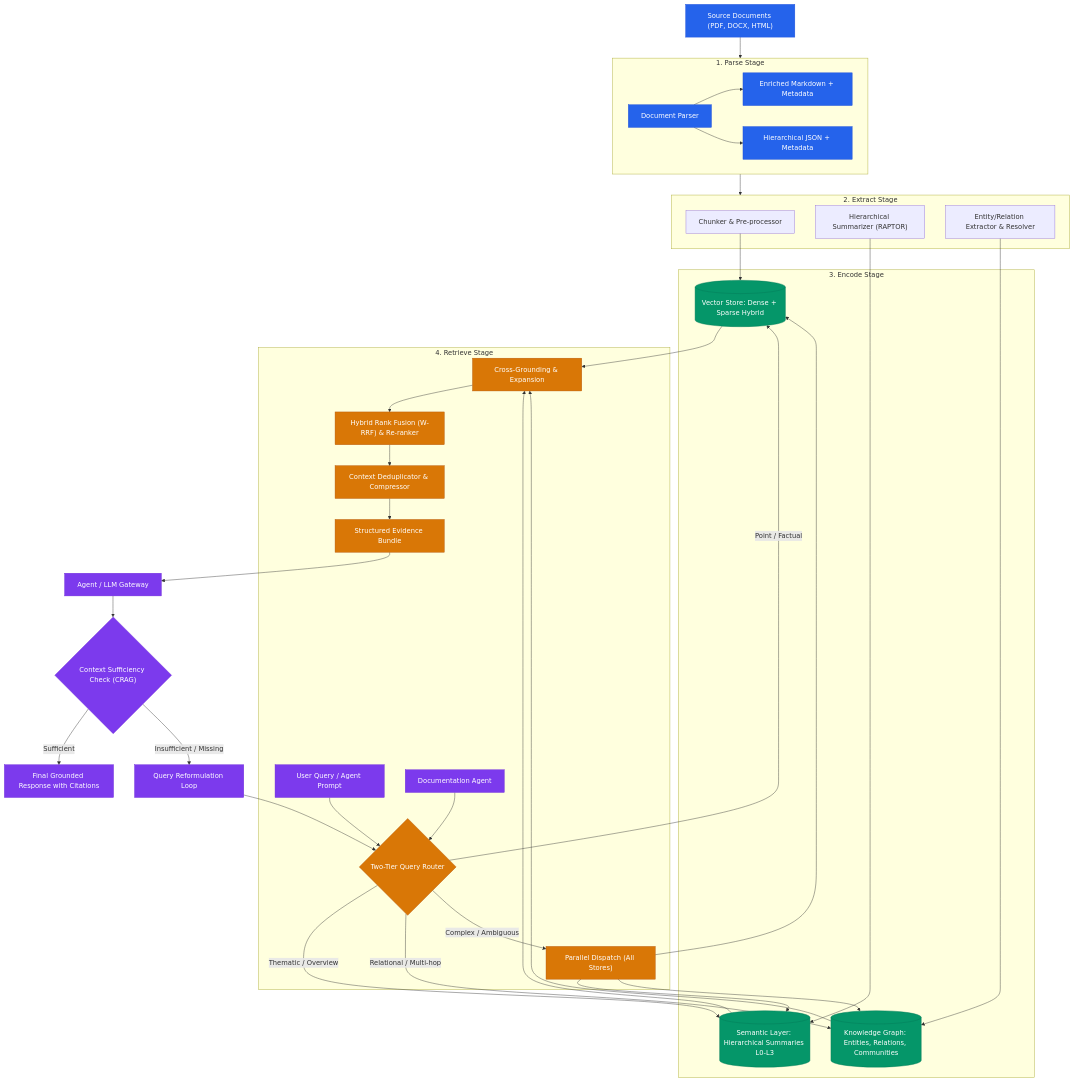
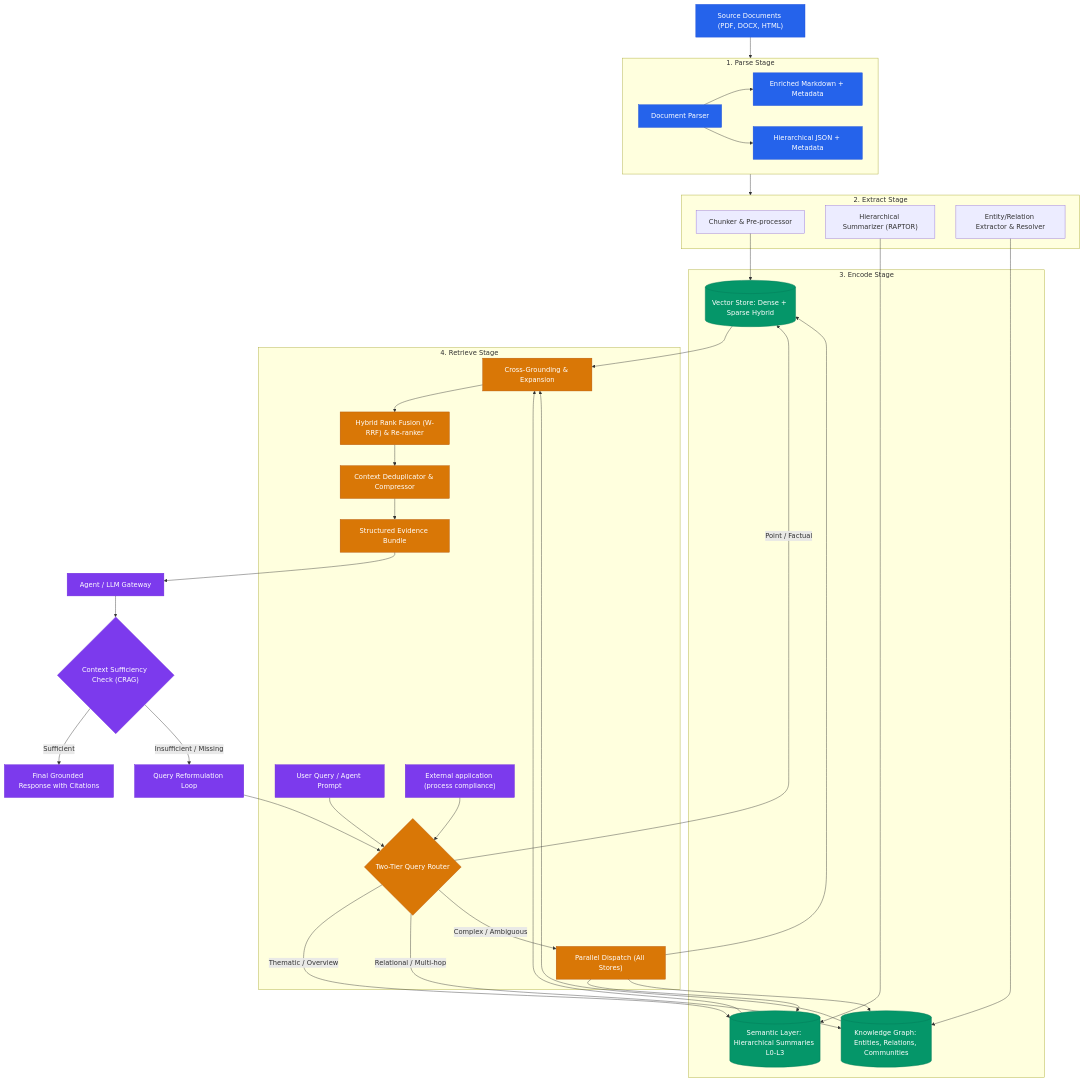
One commit to dadpogu/docbrain changed the first of 6 diagrams in docs/rag_architecture.md. Above: the diagram before and after it, drawn with Mermaid. The commit also changed other lines of this file and 121 other files, not shown here.

````diff
--- a/docs/rag_architecture.md
+++ b/docs/rag_architecture.md
@@ -41,57 +39,57 @@
 ```mermaid
 graph TD
     classDef primary fill:#2563eb,stroke:#1d4ed8,color:#ffffff;
     classDef storage fill:#059669,stroke:#047857,color:#ffffff;
     classDef broker fill:#d97706,stroke:#b45309,color:#ffffff;
     classDef agent fill:#7c3aed,stroke:#6d28d9,color:#ffffff;
 
     SRC["Source Documents (PDF, DOCX, HTML)"]:::primary --> PARSE
 
     subgraph PARSE["1. Parse Stage"]
         PARSER["Document Parser"]:::primary
         PARSER --> MD["Enriched Markdown + Metadata"]:::primary
         PARSER --> JSON["Hierarchical JSON + Metadata"]:::primary
     end
 
     subgraph EXTRACT["2. Extract Stage"]
         ING_VEC["Chunker & Pre-processor"]
         ING_SEM["Hierarchical Summarizer (RAPTOR)"]
         ING_KG["Entity/Relation Extractor & Resolver"]
     end
 
     PARSE --> EXTRACT
 
     subgraph ENCODE["3. Encode Stage"]
         ING_VEC --> VS[("Vector Store: Dense + Sparse Hybrid")]:::storage
         ING_SEM --> SL[("Semantic Layer: Hierarchical Summaries L0-L3")]:::storage
         ING_KG --> GS[("Knowledge Graph: Entities, Relations, Communities")]:::storage
     end
 
     subgraph RETRIEVE["4. Retrieve Stage"]
         USER["User Query / Agent Prompt"]:::agent --> ROUTER{"Two-Tier Query Router"}:::broker
-        DOCAGENT["Documentation Agent"]:::agent --> ROUTER
+        EXTAPP["External application (process compliance)"]:::agent --> ROUTER
 
         ROUTER -->|"Point / Factual"| VS
         ROUTER -->|"Thematic / Overview"| SL
         ROUTER -->|"Relational / Multi-hop"| GS
         ROUTER -->|"Complex / Ambiguous"| ALL["Parallel Dispatch (All Stores)"]:::broker
 
         ALL --> VS
         ALL --> SL
         ALL --> GS
 
         VS --> EXP["Cross-Grounding & Expansion"]:::broker
         SL --> EXP
         GS --> EXP
 
         EXP --> RRF["Hybrid Rank Fusion (W-RRF) & Re-ranker"]:::broker
         RRF --> DEDUP["Context Deduplicator & Compressor"]:::broker
         DEDUP --> BUNDLE["Structured Evidence Bundle"]:::broker
     end
 
     BUNDLE --> AGENT["Agent / LLM Gateway"]:::agent
     AGENT --> EVAL{"Context Sufficiency Check (CRAG)"}:::agent
     EVAL -->|"Sufficient"| RESP["Final Grounded Response with Citations"]:::agent
     EVAL -->|"Insufficient / Missing"| REWRITE["Query Reformulation Loop"]:::agent
     REWRITE --> ROUTER
 ```
````
